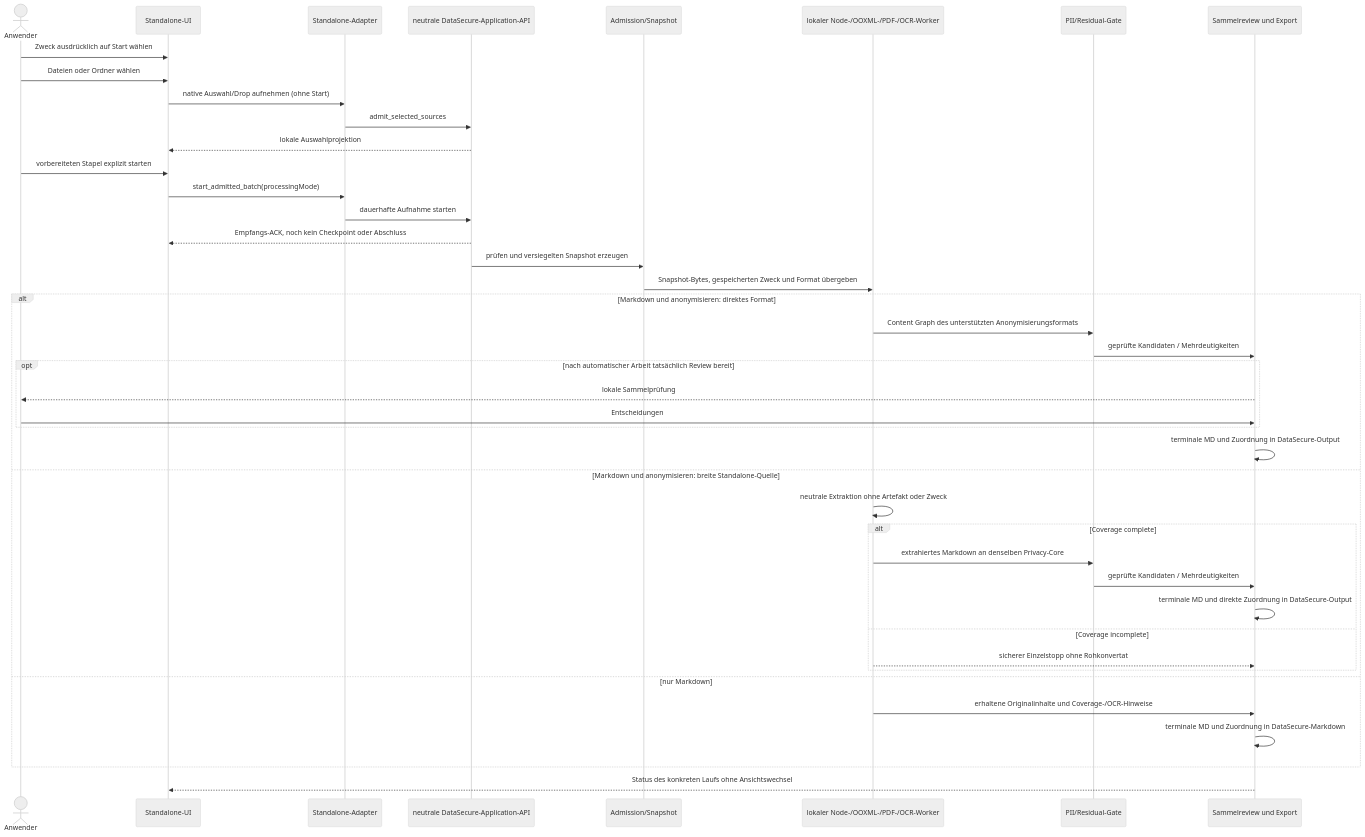
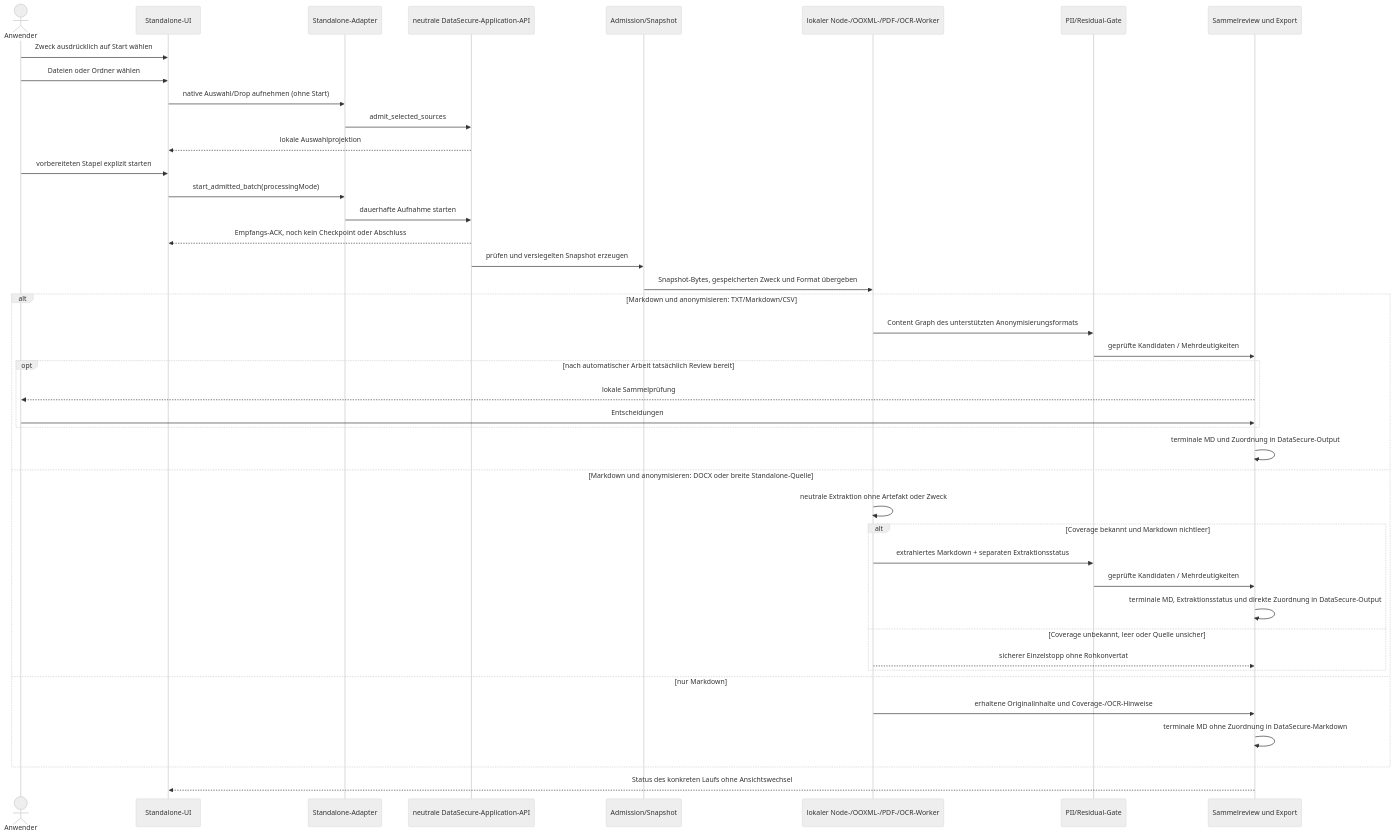
One commit to renepuhlmannarbeit/msg_gbh_DataSecure changed diagram 13 of 15 in docs/canonical/UML_ARCHITECTURE.md. Above: the diagram before and after it, drawn with Mermaid (neutral theme). The commit also changed other lines of this file and 161 other files, not shown here.

````diff
--- a/docs/canonical/UML_ARCHITECTURE.md
+++ b/docs/canonical/UML_ARCHITECTURE.md
@@ -557,44 +559,44 @@
 ```mermaid
 sequenceDiagram
   actor U as Anwender
   participant S as Standalone-UI
   participant A as Standalone-Adapter
   participant E as neutrale DataSecure-Application-API
   participant I as Admission/Snapshot
   participant M as lokaler Node-/OOXML-/PDF-/OCR-Worker
   participant P as PII/Residual-Gate
   participant V as Sammelreview und Export
   U->>S: Zweck ausdrücklich auf Start wählen
   U->>S: Dateien oder Ordner wählen
   S->>A: native Auswahl/Drop aufnehmen (ohne Start)
   A->>E: admit_selected_sources
   E-->>S: lokale Auswahlprojektion
   U->>S: vorbereiteten Stapel explizit starten
   S->>A: start_admitted_batch(processingMode)
   A->>E: dauerhafte Aufnahme starten
   E-->>S: Empfangs-ACK, noch kein Checkpoint oder Abschluss
   E->>I: prüfen und versiegelten Snapshot erzeugen
   I->>M: Snapshot-Bytes, gespeicherten Zweck und Format übergeben
-  alt Markdown und anonymisieren: direktes Format
+  alt Markdown und anonymisieren: TXT/Markdown/CSV
     M->>P: Content Graph des unterstützten Anonymisierungsformats
     P->>V: geprüfte Kandidaten / Mehrdeutigkeiten
     opt nach automatischer Arbeit tatsächlich Review bereit
       V-->>U: lokale Sammelprüfung
       U->>V: Entscheidungen
     end
     V->>V: terminale MD und Zuordnung in DataSecure-Output
-  else Markdown und anonymisieren: breite Standalone-Quelle
+  else Markdown und anonymisieren: DOCX oder breite Standalone-Quelle
     M->>M: neutrale Extraktion ohne Artefakt oder Zweck
-    alt Coverage complete
-      M->>P: extrahiertes Markdown an denselben Privacy-Core
+    alt Coverage bekannt und Markdown nichtleer
+      M->>P: extrahiertes Markdown + separaten Extraktionsstatus
       P->>V: geprüfte Kandidaten / Mehrdeutigkeiten
-      V->>V: terminale MD und direkte Zuordnung in DataSecure-Output
-    else Coverage incomplete
+      V->>V: terminale MD, Extraktionsstatus und direkte Zuordnung in DataSecure-Output
+    else Coverage unbekannt, leer oder Quelle unsicher
       M-->>V: sicherer Einzelstopp ohne Rohkonvertat
     end
   else nur Markdown
     M->>V: erhaltene Originalinhalte und Coverage-/OCR-Hinweise
-    V->>V: terminale MD und Zuordnung in DataSecure-Markdown
+    V->>V: terminale MD ohne Zuordnung in DataSecure-Markdown
   end
   V-->>S: Status des konkreten Laufs ohne Ansichtswechsel
 ```
````
